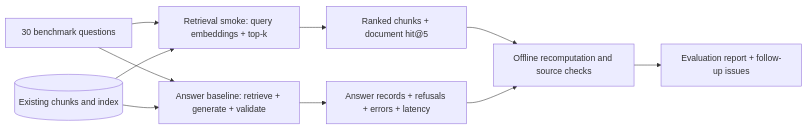
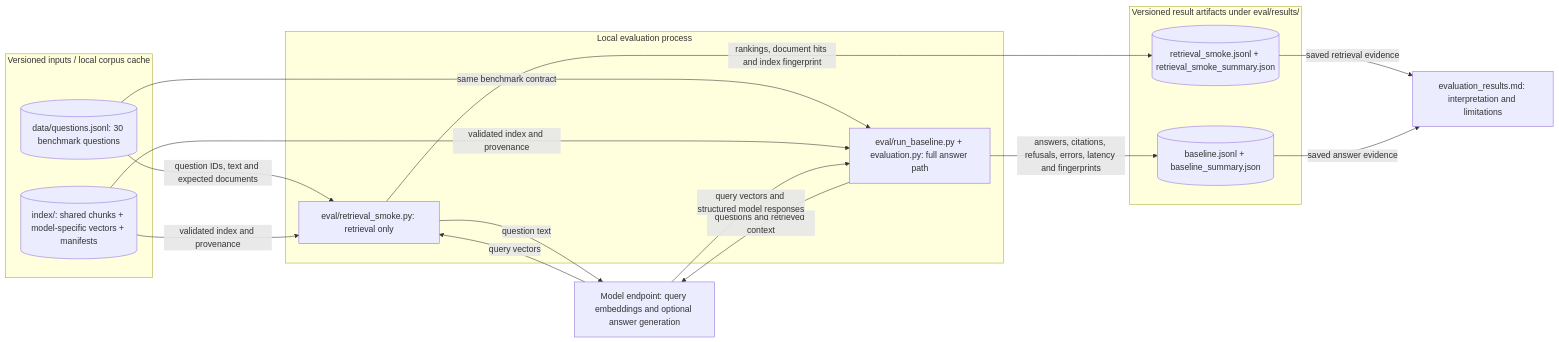
The third of 3 diagrams in README.md (wiertmir/mini-rag), drawn with Mermaid before and after one commit. The commit also changed other lines of this file, not shown here.

Commit message:
docs: show system components and data locations instead of task flows

````diff
--- a/README.md
+++ b/README.md
@@ -50,12 +106,29 @@
 ```mermaid
 flowchart LR
-    Questions["30 benchmark questions"] --> Smoke["Retrieval smoke: query embeddings + top-k"]
-    Questions --> Baseline["Answer baseline: retrieve + generate + validate"]
-    Cache[("Existing chunks and index")] --> Smoke
-    Cache --> Baseline
-    Smoke --> SR["Ranked chunks + document hit@5"]
-    Baseline --> BR["Answer records + refusals + errors + latency"]
-    SR --> Review["Offline recomputation and source checks"]
-    BR --> Review
-    Review --> Report["Evaluation report + follow-up issues"]
+    subgraph Inputs["Versioned inputs / local corpus cache"]
+        Q[("data/questions.jsonl: 30 benchmark questions")]
+        Cache[("index/: shared chunks + model-specific vectors + manifests")]
+    end
+    subgraph Runtime["Local evaluation process"]
+        Smoke["eval/retrieval_smoke.py: retrieval only"]
+        Baseline["eval/run_baseline.py + evaluation.py: full answer path"]
+    end
+    API["Model endpoint: query embeddings and optional answer generation"]
+    subgraph Results["Versioned result artifacts under eval/results/"]
+        SR[("retrieval_smoke.jsonl + retrieval_smoke_summary.json")]
+        BR[("baseline.jsonl + baseline_summary.json")]
+    end
+    Report["evaluation_results.md: interpretation and limitations"]
+    Q -->|"question IDs, text and expected documents"| Smoke
+    Q -->|"same benchmark contract"| Baseline
+    Cache -->|"validated index and provenance"| Smoke
+    Cache -->|"validated index and provenance"| Baseline
+    Smoke -->|"question text"| API
+    API -->|"query vectors"| Smoke
+    Baseline -->|"questions and retrieved context"| API
+    API -->|"query vectors and structured model responses"| Baseline
+    Smoke -->|"rankings, document hits and index fingerprint"| SR
+    Baseline -->|"answers, citations, refusals, errors, latency and fingerprints"| BR
+    SR -->|"saved retrieval evidence"| Report
+    BR -->|"saved answer evidence"| Report
 ```
````
